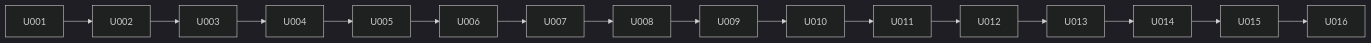
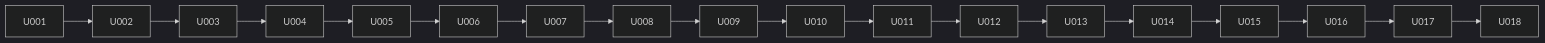
The diagram in docs/P005-impl-plan.md (kagyuu/DbFAQ), drawn with Mermaid (dark theme) before and after one commit. The commit also changed other lines of this file and 42 other files, not shown here.

````diff
--- a/docs/P005-impl-plan.md
+++ b/docs/P005-impl-plan.md
@@ -218,4 +244,4 @@
 ```mermaid
 flowchart LR
-  U001 --> U002 --> U003 --> U004 --> U005 --> U006 --> U007 --> U008 --> U009 --> U010 --> U011 --> U012 --> U013 --> U014 --> U015 --> U016
+  U001 --> U002 --> U003 --> U004 --> U005 --> U006 --> U007 --> U008 --> U009 --> U010 --> U011 --> U012 --> U013 --> U014 --> U015 --> U016 --> U017 --> U018
 ```
````
